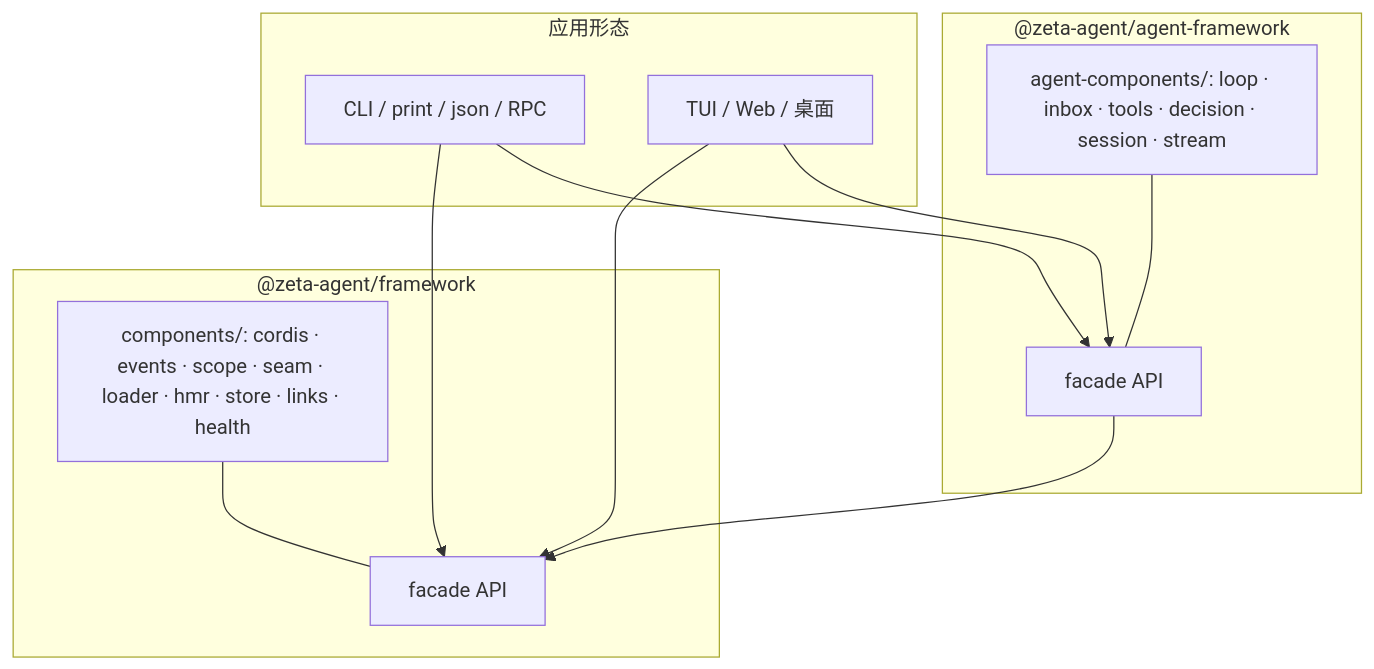
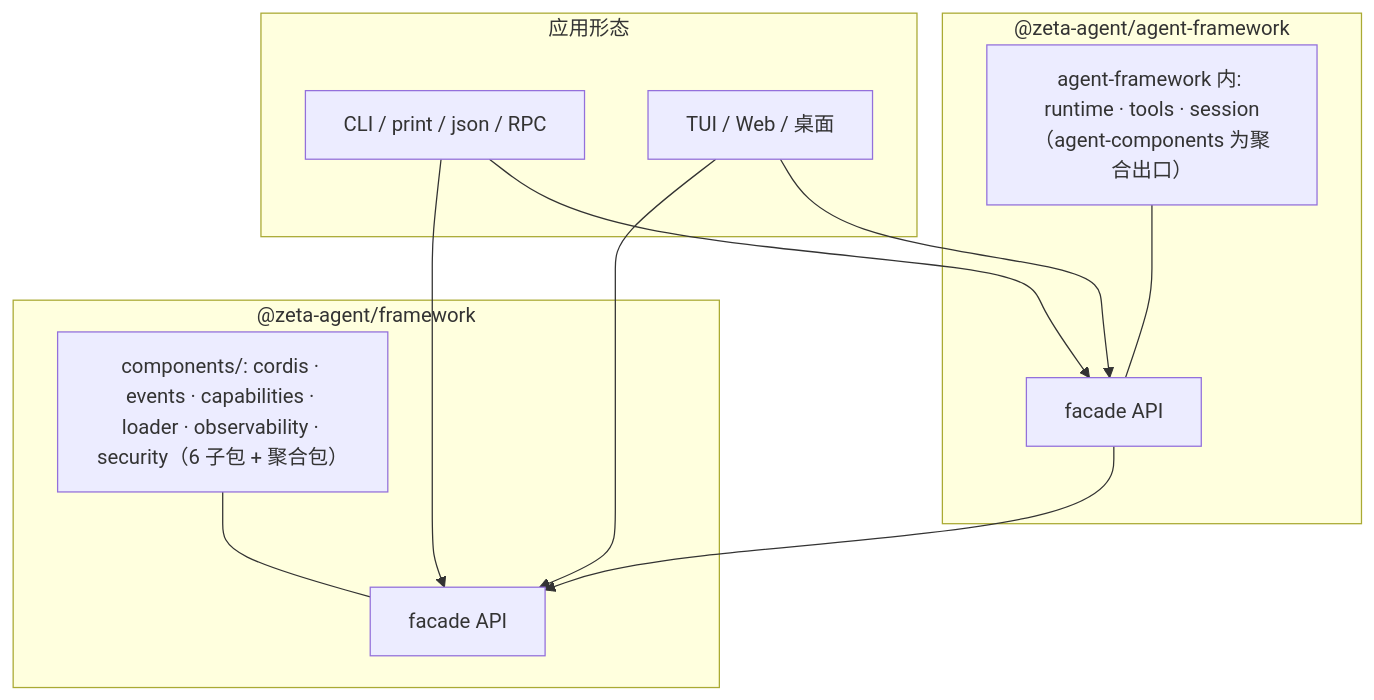
One commit to jesspig/zeta-agent changed the first of 2 diagrams in docs/desgin/architecture/README.md. Above: the diagram before and after it, drawn with Mermaid. The commit also changed other lines of this file and 3 other files, not shown here.

````diff
--- a/docs/desgin/architecture/README.md
+++ b/docs/desgin/architecture/README.md
@@ -16,22 +16,22 @@
 ```mermaid
 flowchart TB
     subgraph APP["应用形态"]
         CLI["CLI / print / json / RPC"]
         TUI["TUI / Web / 桌面"]
     end
     subgraph FF["@zeta-agent/framework"]
         FFI["facade API"]
-        FCC["components/: cordis · events · scope · seam · loader · hmr · store · links · health"]
+        FCC["components/: cordis · events · capabilities · loader · observability · security（6 子包 + 聚合包）"]
     end
     subgraph AF["@zeta-agent/agent-framework"]
         AFI["facade API"]
-        ACC["agent-components/: loop · inbox · tools · decision · session · stream"]
+        ACC["agent-framework 内: runtime · tools · session（agent-components 为聚合出口）"]
     end
     CLI --> FFI
     CLI --> AFI
     TUI --> FFI
     TUI --> AFI
     AFI --> FFI
     FCC --- FFI
     ACC --- AFI
 ```
````
